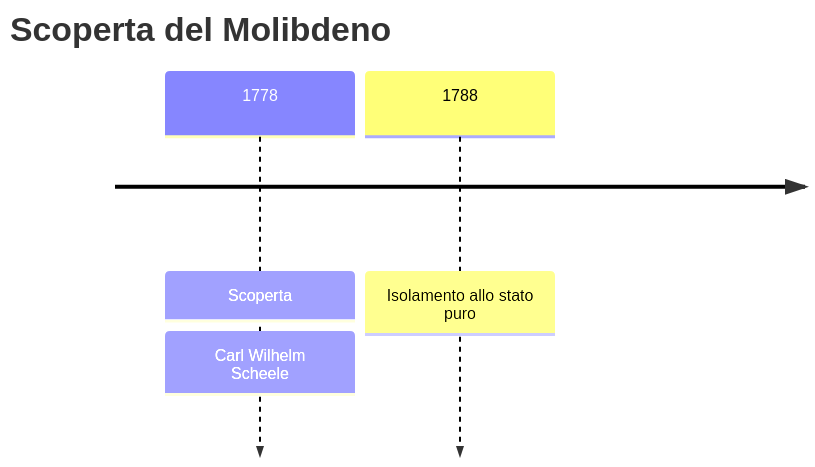
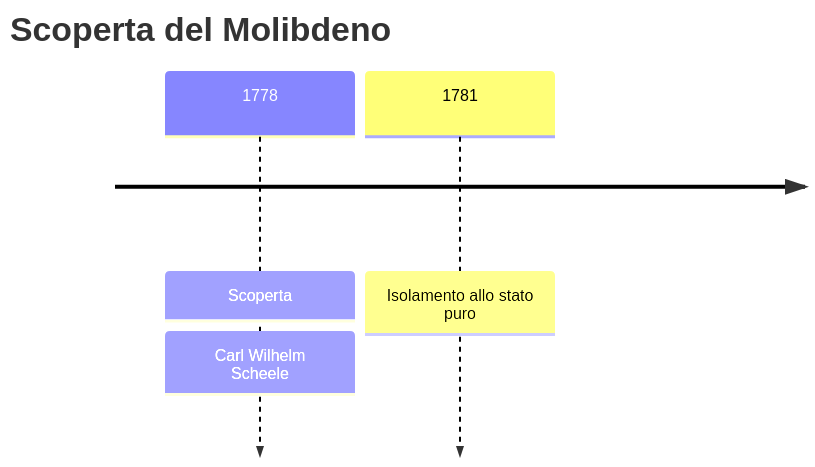
The first of 3 diagrams in vault/Elementi/Molibdeno.md (gianlucaciarcelluti/elements-caos), drawn with Mermaid before and after one commit. The commit also changed other lines of this file and 13 other files, not shown here.

````diff
--- a/vault/Elementi/Molibdeno.md
+++ b/vault/Elementi/Molibdeno.md
@@ -28,6 +28,6 @@
 ```mermaid
 timeline
     title Scoperta del Molibdeno
     1778 : Scoperta : Carl Wilhelm Scheele
-    1788 : Isolamento allo stato puro
+    1781 : Isolamento allo stato puro
 ```
````
